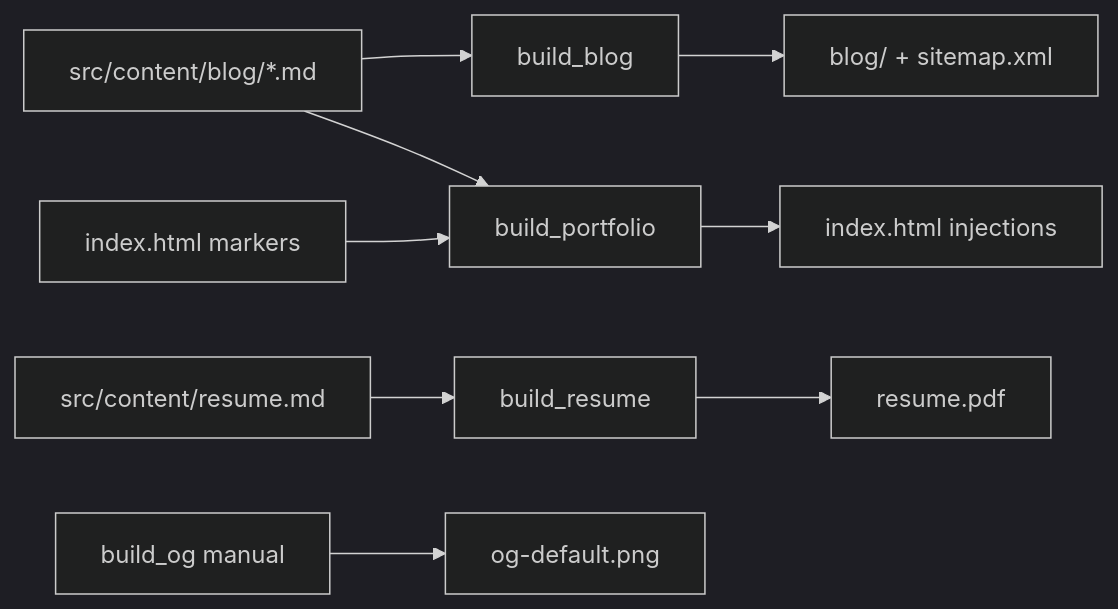
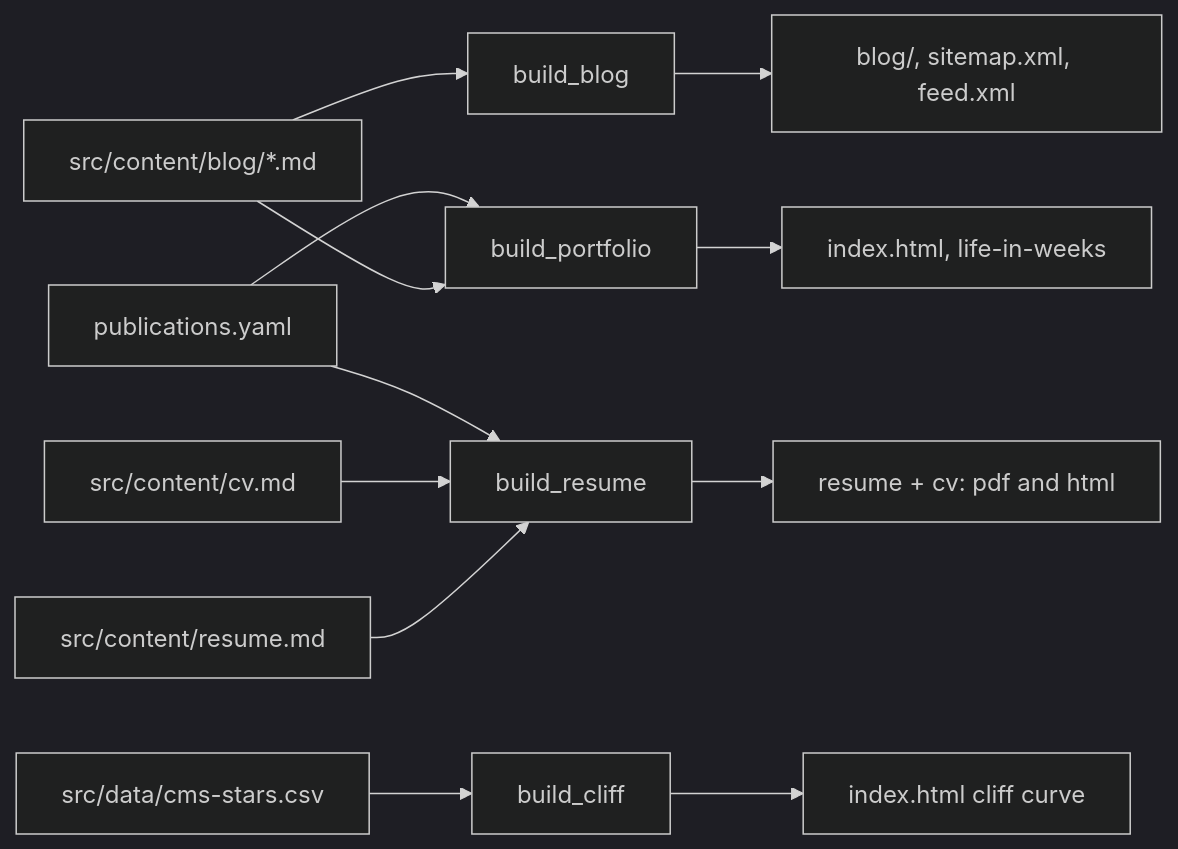
The first of 3 diagrams in src/content/blog/how-this-site-builds-itself.md (zaherkarp/zaherkarp.github.io), drawn with Mermaid (dark theme) before and after one commit. The commit also changed other lines of this file, not shown here.

````diff
--- a/src/content/blog/how-this-site-builds-itself.md
+++ b/src/content/blog/how-this-site-builds-itself.md
@@ -19,11 +19,14 @@
 ```mermaid
 flowchart LR
-    A[src/content/blog/*.md] --> D[build_blog]
-    B[src/content/resume.md] --> E[build_resume]
-    A --> F[build_portfolio]
-    C[index.html markers] --> F
-    G[build_og manual] --> K[og-default.png]
-    D --> H[blog/ + sitemap.xml]
-    E --> I[resume.pdf]
-    F --> J[index.html injections]
+    BLOG["src/content/blog/*.md"] --> BB[build_blog]
+    BLOG --> BP[build_portfolio]
+    RES["src/content/resume.md"] --> BR[build_resume]
+    CV["src/content/cv.md"] --> BR
+    PUB["publications.yaml"] --> BR
+    PUB --> BP
+    CMS["src/data/cms-stars.csv"] --> BC[build_cliff]
+    BB --> O1["blog/, sitemap.xml, feed.xml"]
+    BR --> O2["resume + cv: pdf and html"]
+    BP --> O3["index.html, life-in-weeks"]
+    BC --> O4["index.html cliff curve"]
 ```
````
